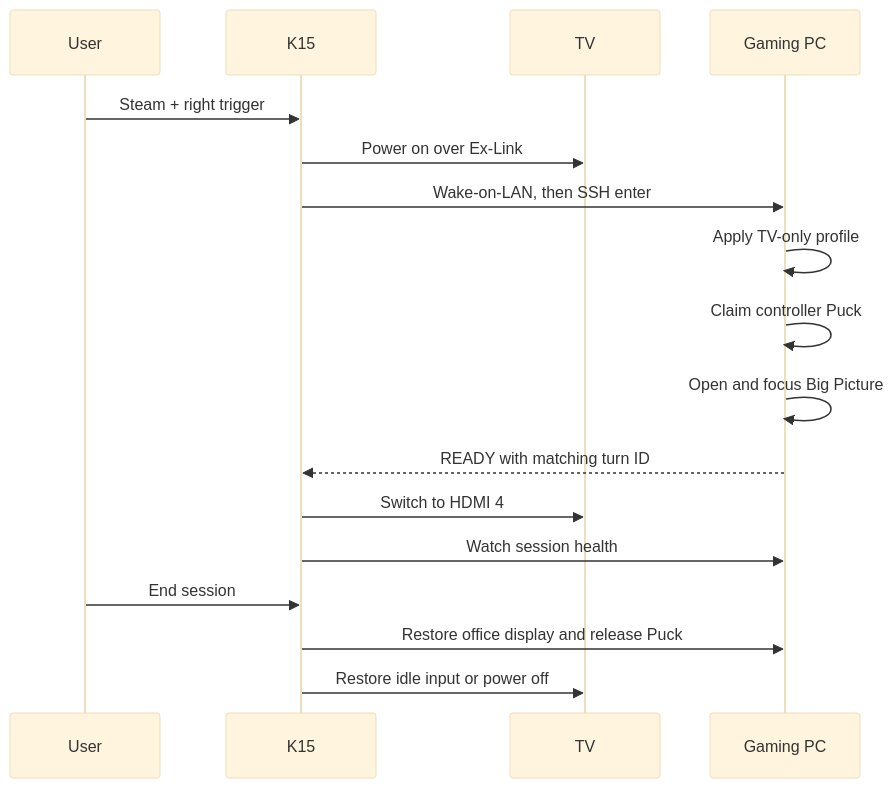
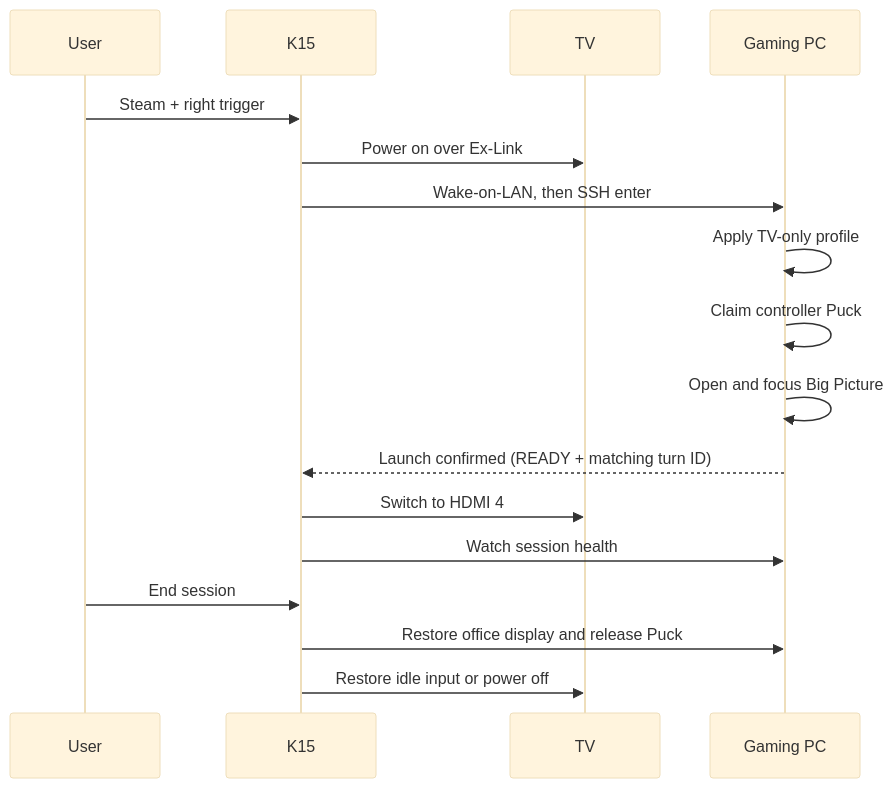
The second of 2 diagrams in README.md (trillville/slopstation), drawn with Mermaid (base theme) before and after one commit. The commit also changed other lines of this file, not shown here.

Commit message:
docs: simplify system architecture diagram

````diff
--- a/README.md
+++ b/README.md
@@ -64,20 +60,20 @@
 ```mermaid
 sequenceDiagram
     participant U as User
     participant K as K15
     participant T as TV
     participant P as Gaming PC
 
     U->>K: Steam + right trigger
     K->>T: Power on over Ex-Link
     K->>P: Wake-on-LAN, then SSH enter
     P->>P: Apply TV-only profile
     P->>P: Claim controller Puck
     P->>P: Open and focus Big Picture
-    P-->>K: READY with matching turn ID
+    P-->>K: Launch confirmed (READY + matching turn ID)
     K->>T: Switch to HDMI 4
     K->>P: Watch session health
     U->>K: End session
     K->>P: Restore office display and release Puck
     K->>T: Restore idle input or power off
 ```
````
